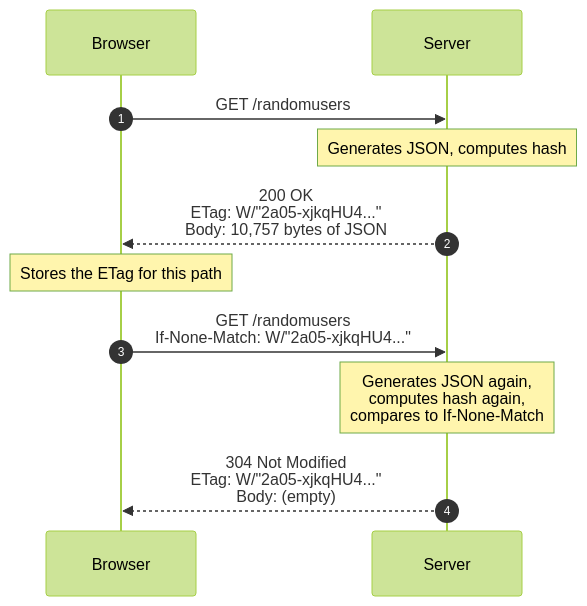
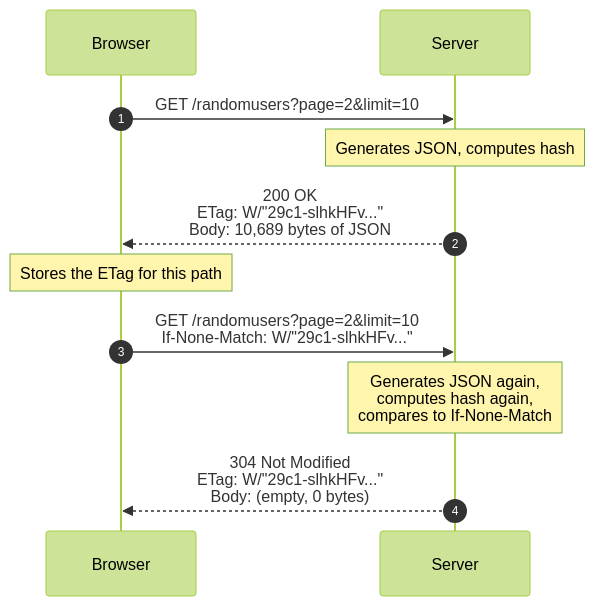
One commit to ayuslharora/blog-ayuslh changed the diagram in content/posts/networking/ch28-structure-of-http-request-and-response.mdx. Above: the diagram before and after it, drawn with Mermaid (forest theme). The commit also changed other lines of this file, not shown here.

````diff
--- a/content/posts/networking/ch28-structure-of-http-request-and-response.mdx
+++ b/content/posts/networking/ch28-structure-of-http-request-and-response.mdx
@@ -93,16 +105,16 @@
 ```mermaid
 sequenceDiagram
     autonumber
     participant Client as Browser
     participant Server
 
-    Client->>Server: GET /randomusers
+    Client->>Server: GET /randomusers?page=2&limit=10
     Note over Server: Generates JSON, computes hash
-    Server-->>Client: 200 OK<br/>ETag: W/"2a05-xjkqHU4..."<br/>Body: 10,757 bytes of JSON
+    Server-->>Client: 200 OK<br/>ETag: W/"29c1-slhkHFv..."<br/>Body: 10,689 bytes of JSON
 
     Note over Client: Stores the ETag for this path
 
-    Client->>Server: GET /randomusers<br/>If-None-Match: W/"2a05-xjkqHU4..."
+    Client->>Server: GET /randomusers?page=2&limit=10<br/>If-None-Match: W/"29c1-slhkHFv..."
     Note over Server: Generates JSON again,<br/>computes hash again,<br/>compares to If-None-Match
-    Server-->>Client: 304 Not Modified<br/>ETag: W/"2a05-xjkqHU4..."<br/>Body: (empty)
+    Server-->>Client: 304 Not Modified<br/>ETag: W/"29c1-slhkHFv..."<br/>Body: (empty, 0 bytes)
 ```
````
